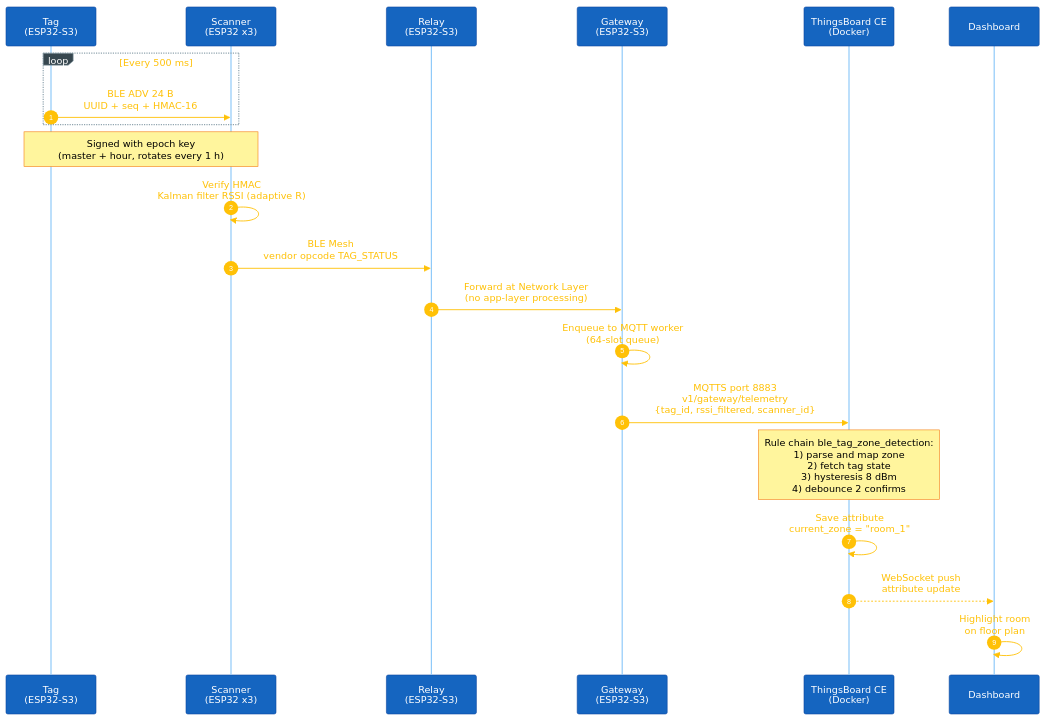
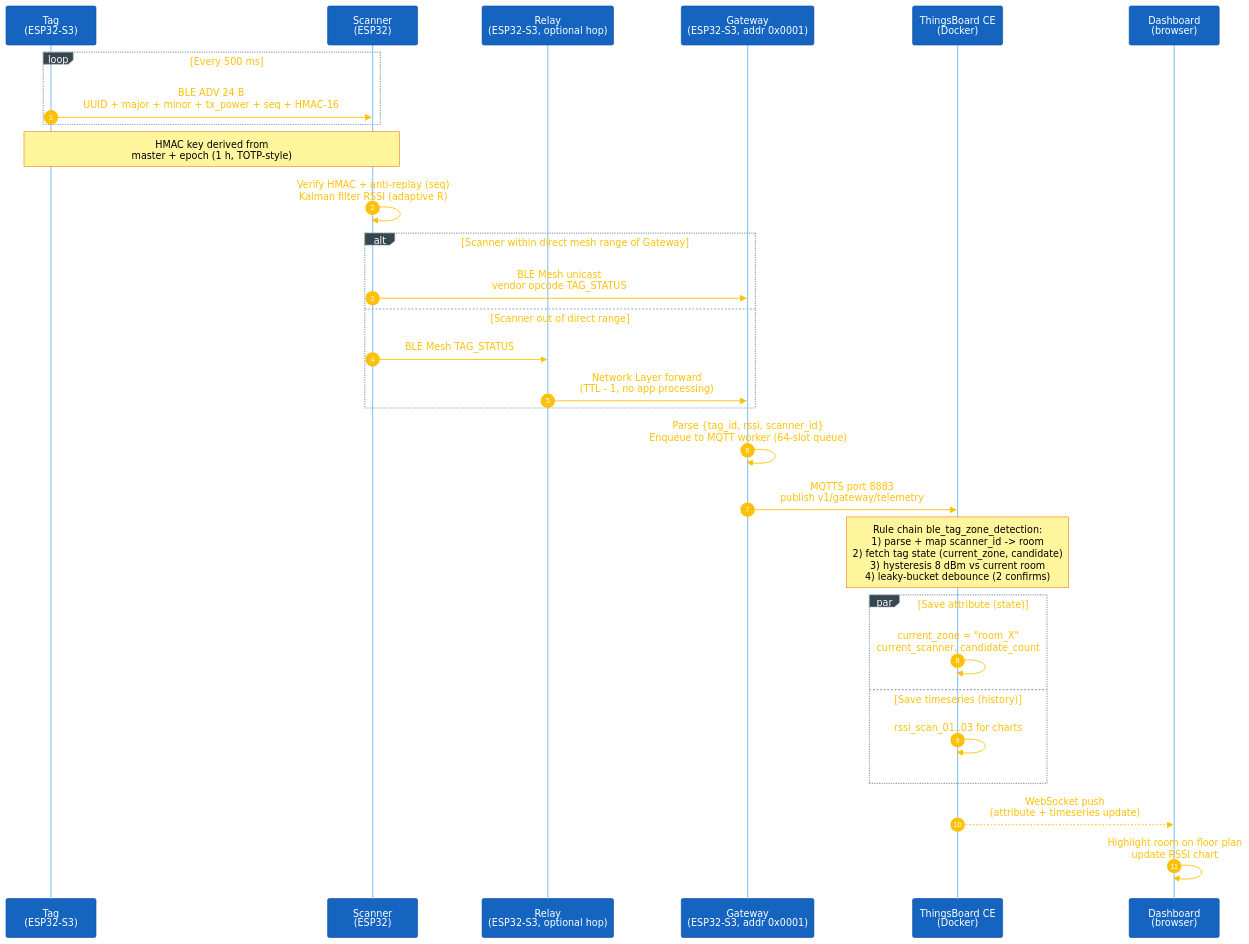
Before and after one commit to Potatoes222/ble-mesh-tracking: the diagram in README.md, drawn with Mermaid.

Commit message:
[DOCS] README sequence: alt block for optional Relay hop + par block for parallel attribute/timeseries save

````diff
--- a/README.md
+++ b/README.md
@@ -66,28 +66,39 @@
 ```mermaid
 %%{init: {'theme':'base','themeVariables':{'fontSize':'18px','primaryColor':'#1565c0','primaryTextColor':'#ffffff','primaryBorderColor':'#0d47a1','lineColor':'#90a4ae','signalColor':'#ffc107','signalTextColor':'#ffc107','actorBkg':'#1565c0','actorBorder':'#0d47a1','actorTextColor':'#ffffff','actorLineColor':'#90caf9','noteBkgColor':'#fff59d','noteTextColor':'#000000','noteBorderColor':'#f57f17','activationBkgColor':'#66bb6a','activationBorderColor':'#2e7d32','sequenceNumberColor':'#ffffff','loopTextColor':'#ffc107','labelBoxBkgColor':'#37474f','labelBoxBorderColor':'#90a4ae','labelTextColor':'#ffffff'},'sequence':{'actorMargin':90,'messageFontSize':16,'noteFontSize':14,'actorFontSize':16,'boxMargin':12,'boxTextMargin':6,'noteMargin':10,'useMaxWidth':true}}}%%
 sequenceDiagram
     autonumber
     participant T as Tag<br/>(ESP32-S3)
-    participant S as Scanner<br/>(ESP32 x3)
-    participant R as Relay<br/>(ESP32-S3)
-    participant G as Gateway<br/>(ESP32-S3)
+    participant S as Scanner<br/>(ESP32)
+    participant R as Relay<br/>(ESP32-S3, optional hop)
+    participant G as Gateway<br/>(ESP32-S3, addr 0x0001)
     participant TB as ThingsBoard CE<br/>(Docker)
-    participant D as Dashboard
+    participant D as Dashboard<br/>(browser)
 
     loop Every 500 ms
-        T->>S: BLE ADV 24 B<br/>UUID + seq + HMAC-16
+        T->>S: BLE ADV 24 B<br/>UUID + major + minor + tx_power + seq + HMAC-16
     end
-    Note over T,S: Signed with epoch key<br/>(master + hour, rotates every 1 h)
+    Note over T,S: HMAC key derived from<br/>master + epoch (1 h, TOTP-style)
 
-    S->>S: Verify HMAC<br/>Kalman filter RSSI (adaptive R)
-    S->>R: BLE Mesh<br/>vendor opcode TAG_STATUS
-    R->>G: Forward at Network Layer<br/>(no app-layer processing)
-    G->>G: Enqueue to MQTT worker<br/>(64-slot queue)
-    G->>TB: MQTTS port 8883<br/>v1/gateway/telemetry<br/>{tag_id, rssi_filtered, scanner_id}
+    S->>S: Verify HMAC + anti-replay (seq)<br/>Kalman filter RSSI (adaptive R)
 
-    Note over TB: Rule chain ble_tag_zone_detection:<br/>1) parse and map zone<br/>2) fetch tag state<br/>3) hysteresis 8 dBm<br/>4) debounce 2 confirms
+    alt Scanner within direct mesh range of Gateway
+        S->>G: BLE Mesh unicast<br/>vendor opcode TAG_STATUS
+    else Scanner out of direct range
+        S->>R: BLE Mesh TAG_STATUS
+        R->>G: Network Layer forward<br/>(TTL - 1, no app processing)
+    end
 
-    TB->>TB: Save attribute<br/>current_zone = "room_1"
-    TB-->>D: WebSocket push<br/>attribute update
-    D->>D: Highlight room<br/>on floor plan
+    G->>G: Parse {tag_id, rssi, scanner_id}<br/>Enqueue to MQTT worker (64-slot queue)
+    G->>TB: MQTTS port 8883<br/>publish v1/gateway/telemetry
+
+    Note over TB: Rule chain ble_tag_zone_detection:<br/>1) parse + map scanner_id -> room<br/>2) fetch tag state (current_zone, candidate)<br/>3) hysteresis 8 dBm vs current room<br/>4) leaky-bucket debounce (2 confirms)
+
+    par Save attribute (state)
+        TB->>TB: current_zone = "room_X"<br/>current_scanner, candidate_count
+    and Save timeseries (history)
+        TB->>TB: rssi_scan_01..03 for charts
+    end
+
+    TB-->>D: WebSocket push<br/>(attribute + timeseries update)
+    D->>D: Highlight room on floor plan<br/>update RSSI chart
 ```
````
